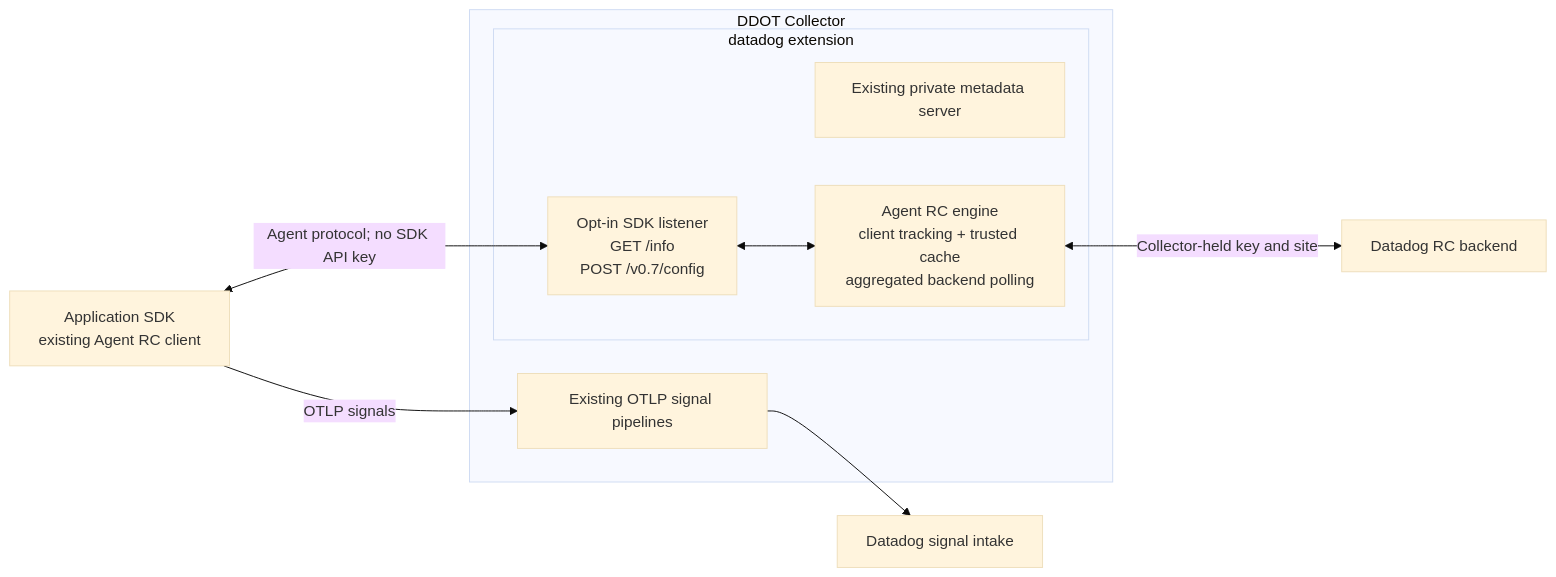
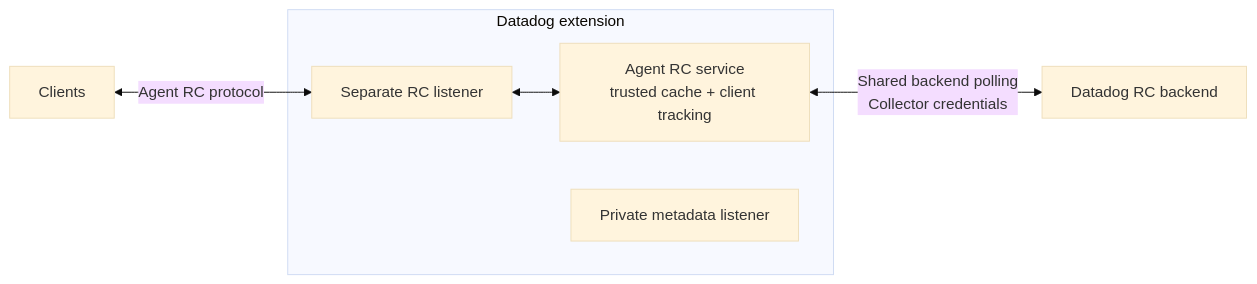
One commit to DataDog/datadog-agent changed the diagram in comp/otelcol/otlp/components/extension/datadogextension/README.md. Above: the diagram before and after it, drawn with Mermaid (base theme). The commit also changed other lines of this file and 9 other files, not shown here.

````diff
--- a/comp/otelcol/otlp/components/extension/datadogextension/README.md
+++ b/comp/otelcol/otlp/components/extension/datadogextension/README.md
@@ -13,17 +7,9 @@
 ```mermaid
 flowchart LR
-  SDK["Application SDK<br/>existing Agent RC client"]
-  subgraph DDOT["DDOT Collector"]
-    subgraph EXT["datadog extension"]
-      META["Existing private metadata server"]
-      LISTEN["Opt-in SDK listener<br/>GET /info<br/>POST /v0.7/config"]
-      RC["Agent RC engine<br/>client tracking + trusted cache<br/>aggregated backend polling"]
-      LISTEN <--> RC
-    end
-    OTLP["Existing OTLP signal pipelines"]
+  C[Clients] <-->|Agent RC protocol| L
+  subgraph EXT[Datadog extension]
+    L[Separate RC listener] <--> R[Agent RC service<br/>trusted cache + client tracking]
+    M[Private metadata listener]
   end
-  SDK <-->|"Agent protocol; no SDK API key"| LISTEN
-  RC <-->|"Collector-held key and site"| BACKEND["Datadog RC backend"]
-  SDK -->|"OTLP signals"| OTLP
-  OTLP --> INTAKE["Datadog signal intake"]
+  R <-->|Shared backend polling<br/>Collector credentials| B[Datadog RC backend]
 ```
````
